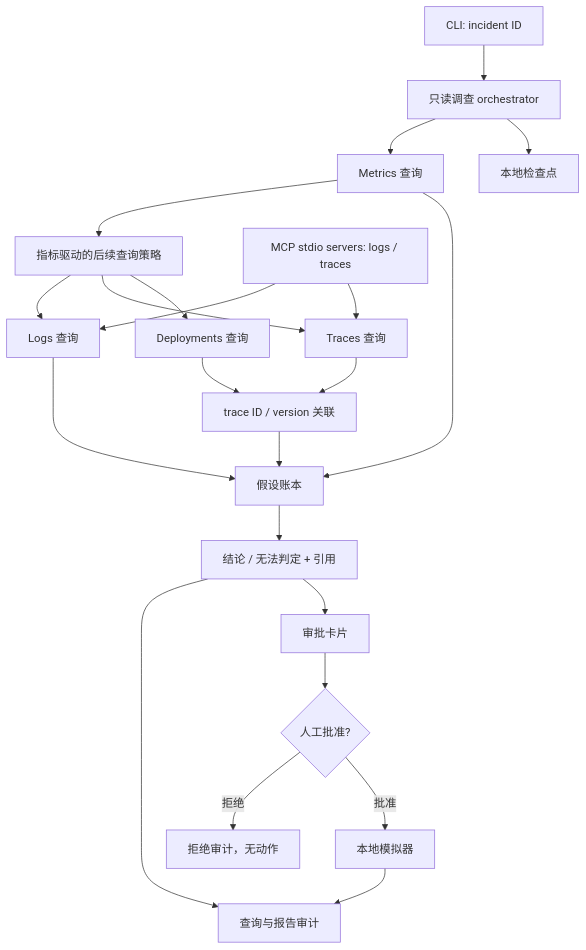
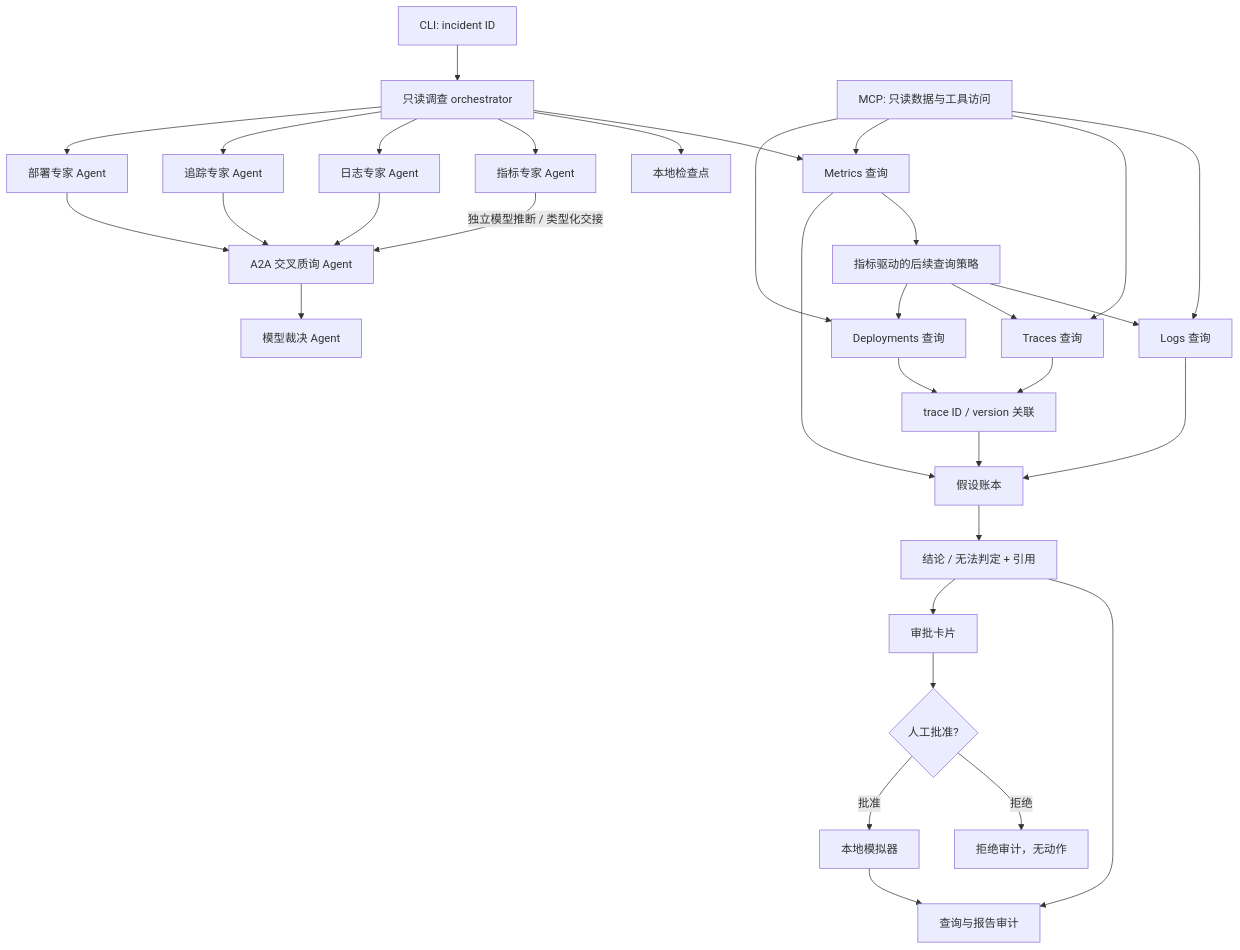
Before and after one commit to Dahyunnist/OpsPilot: the diagram in docs/architecture.md, drawn with Mermaid. The commit also changed other lines of this file and 6 other files, not shown here.

````diff
--- a/docs/architecture.md
+++ b/docs/architecture.md
@@ -3,24 +3,35 @@
 ```mermaid
 flowchart TD
     CLI[CLI: incident ID] --> ORCH[只读调查 orchestrator]
     ORCH --> MET[Metrics 查询]
     MET --> PLAN[指标驱动的后续查询策略]
     PLAN --> LOG[Logs 查询]
     PLAN --> TRACE[Traces 查询]
     PLAN --> DEP[Deployments 查询]
     LOG --> LEDGER[假设账本]
     TRACE --> LINK[trace ID / version 关联]
     DEP --> LINK
     MET --> LEDGER
     LINK --> LEDGER
     LEDGER --> REPORT[结论 / 无法判定 + 引用]
     REPORT --> AUDIT[查询与报告审计]
     REPORT --> CARD[审批卡片]
     CARD --> APPROVE{人工批准?}
     APPROVE -->|拒绝| DENY[拒绝审计，无动作]
     APPROVE -->|批准| SIM[本地模拟器]
     SIM --> AUDIT
     ORCH --> STATE[本地检查点]
-    MCP[MCP stdio servers: logs / traces] --> LOG
+    ORCH --> MET_AGENT[指标专家 Agent]
+    ORCH --> LOG_AGENT[日志专家 Agent]
+    ORCH --> TRACE_AGENT[追踪专家 Agent]
+    ORCH --> DEP_AGENT[部署专家 Agent]
+    MET_AGENT -->|独立模型推断 / 类型化交接| EXAM[A2A 交叉质询 Agent]
+    LOG_AGENT --> EXAM
+    TRACE_AGENT --> EXAM
+    DEP_AGENT --> EXAM
+    EXAM --> JUDGE[模型裁决 Agent]
+    MCP[MCP: 只读数据与工具访问] --> LOG
     MCP --> TRACE
+    MCP --> MET
+    MCP --> DEP
 ```
````
